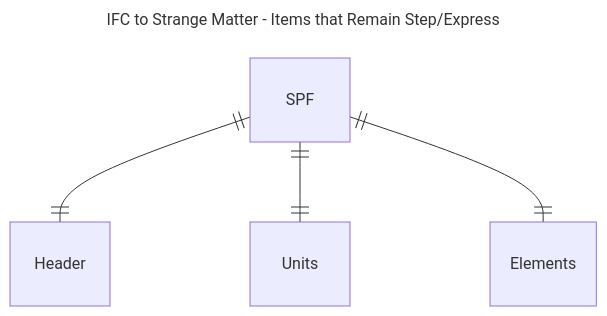
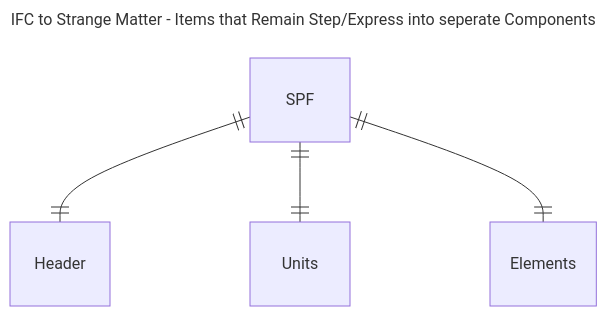
The first of 2 diagrams in README.md (magnetar-io/strangematter_ifc_4x), drawn with Mermaid before and after one commit. The commit also changed other lines of this file, not shown here.

````diff
--- a/README.md
+++ b/README.md
@@ -2,9 +2,9 @@
 ```mermaid
 ---
-title: IFC to Strange Matter - Items that Remain Step/Express
+title: IFC to Strange Matter - Items that Remain Step/Express into seperate Components
 ---
 erDiagram
     SPF  ||--|| Header : ""
     SPF  ||--|| Units : ""
     SPF  ||--|| Elements : ""
 ```
````
